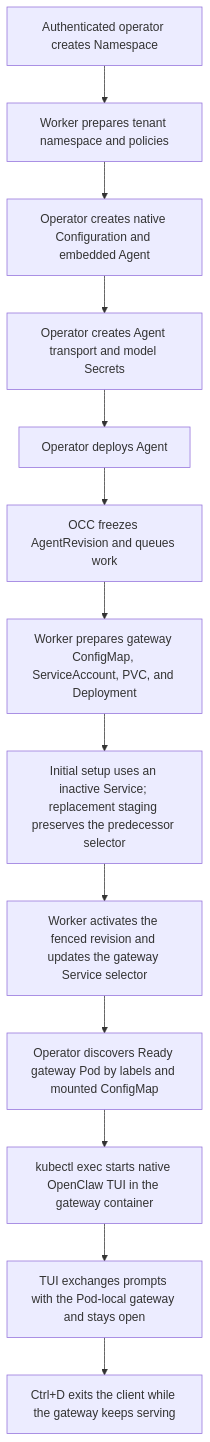
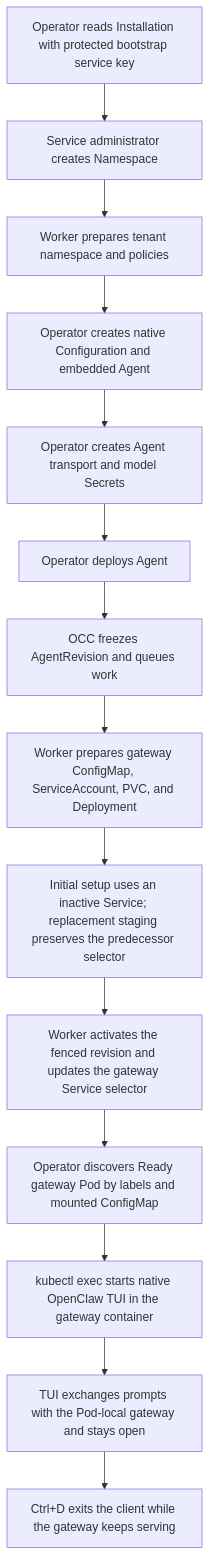
The diagram in docs/flows/production-tui.md (IsaiahStapleton/openclaw-enterprise), drawn with Mermaid before and after one commit. The commit also changed other lines of this file and 6 other files, not shown here.

Commit message:
docs: deploy with bootstrap service-account tokens

````diff
--- a/docs/flows/production-tui.md
+++ b/docs/flows/production-tui.md
@@ -34,15 +34,16 @@
 ```mermaid
 graph TD
-  A["Authenticated operator creates Namespace"] --> B["Worker prepares tenant namespace and policies"]
+  Z["Operator reads Installation with protected bootstrap service key"] --> A["Service administrator creates Namespace"]
+  A --> B["Worker prepares tenant namespace and policies"]
   B --> C["Operator creates native Configuration and embedded Agent"]
   C --> D["Operator creates Agent transport and model Secrets"]
   D --> E["Operator deploys Agent"]
   E --> F["OCC freezes AgentRevision and queues work"]
   F --> G["Worker prepares gateway ConfigMap, ServiceAccount, PVC, and Deployment"]
   G --> H["Initial setup uses an inactive Service; replacement staging preserves the predecessor selector"]
   H --> I["Worker activates the fenced revision and updates the gateway Service selector"]
   I --> J["Operator discovers Ready gateway Pod by labels and mounted ConfigMap"]
   J --> K["kubectl exec starts native OpenClaw TUI in the gateway container"]
   K --> L["TUI exchanges prompts with the Pod-local gateway and stays open"]
   L --> M["Ctrl+D exits the client while the gateway keeps serving"]
 ```
````
